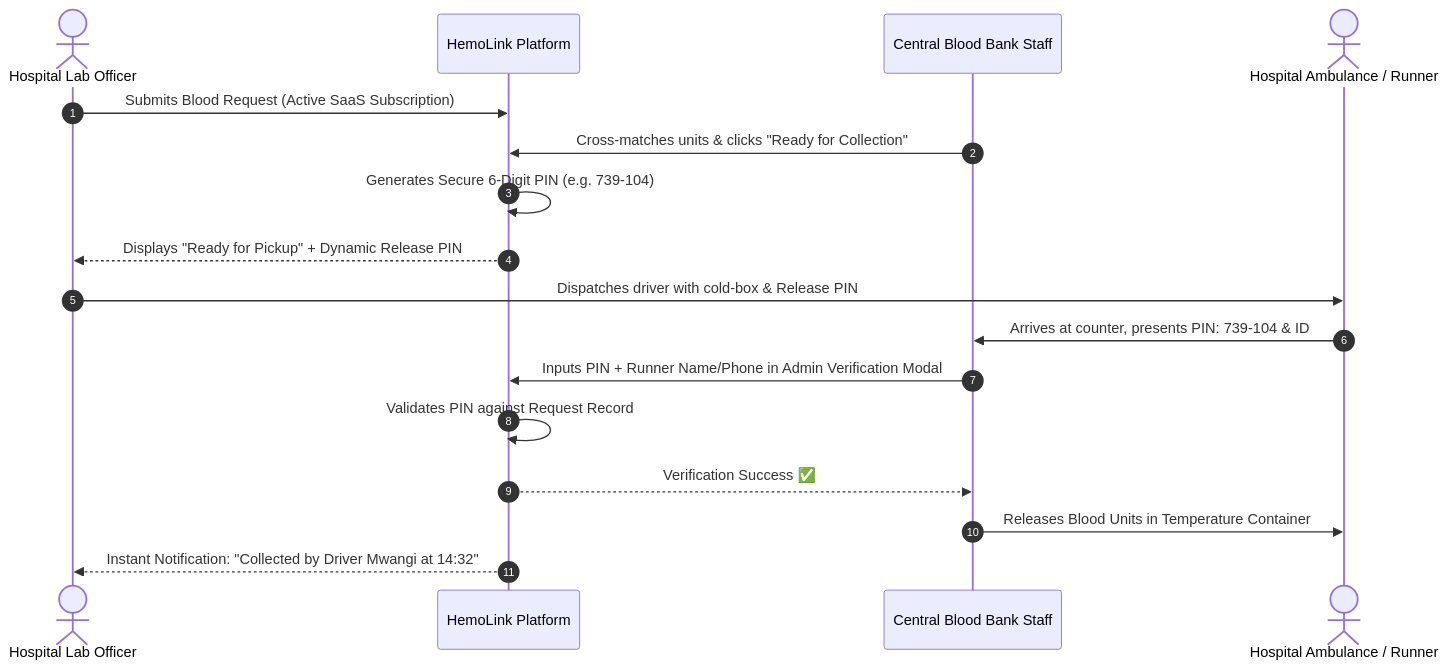
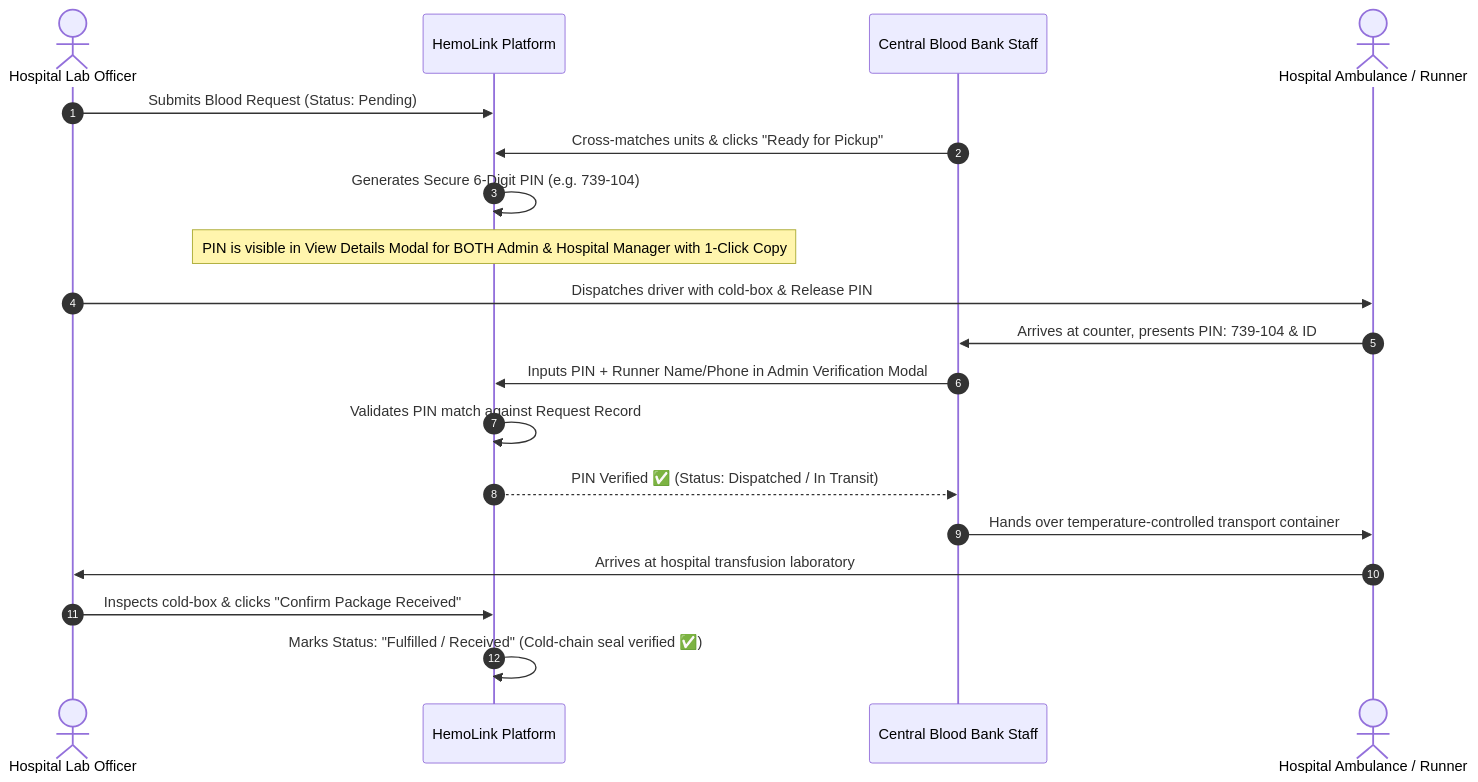
Before and after one commit to beatrice-codes-sudo/Blood-Bank-Management-System: the second of 3 diagrams in Paystack implementation.md, drawn with Mermaid. The commit also changed other lines of this file and 14 other files, not shown here.

````diff
--- a/Paystack implementation.md
+++ b/Paystack implementation.md
@@ -38,20 +38,22 @@
 ```mermaid
 sequenceDiagram
     autonumber
     actor Hospital as Hospital Lab Officer
     participant HemoLink as HemoLink Platform
     participant Admin as Central Blood Bank Staff
     actor Driver as Hospital Ambulance / Runner
 
-    Hospital->>HemoLink: Submits Blood Request (Active SaaS Subscription)
-    Admin->>HemoLink: Cross-matches units & clicks "Ready for Collection"
+    Hospital->>HemoLink: Submits Blood Request (Status: Pending)
+    Admin->>HemoLink: Cross-matches units & clicks "Ready for Pickup"
     HemoLink->>HemoLink: Generates Secure 6-Digit PIN (e.g. 739-104)
-    HemoLink-->>Hospital: Displays "Ready for Pickup" + Dynamic Release PIN
+    Note over HemoLink: PIN is visible in View Details Modal for BOTH Admin & Hospital Manager with 1-Click Copy
     Hospital->>Driver: Dispatches driver with cold-box & Release PIN
     Driver->>Admin: Arrives at counter, presents PIN: 739-104 & ID
     Admin->>HemoLink: Inputs PIN + Runner Name/Phone in Admin Verification Modal
-    HemoLink->>HemoLink: Validates PIN against Request Record
-    HemoLink-->>Admin: Verification Success ✅
-    Admin->>Driver: Releases Blood Units in Temperature Container
-    HemoLink-->>Hospital: Instant Notification: "Collected by Driver Mwangi at 14:32"
+    HemoLink->>HemoLink: Validates PIN match against Request Record
+    HemoLink-->>Admin: PIN Verified ✅ (Status: Dispatched / In Transit)
+    Admin->>Driver: Hands over temperature-controlled transport container
+    Driver->>Hospital: Arrives at hospital transfusion laboratory
+    Hospital->>HemoLink: Inspects cold-box & clicks "Confirm Package Received"
+    HemoLink->>HemoLink: Marks Status: "Fulfilled / Received" (Cold-chain seal verified ✅)
 ```
````
